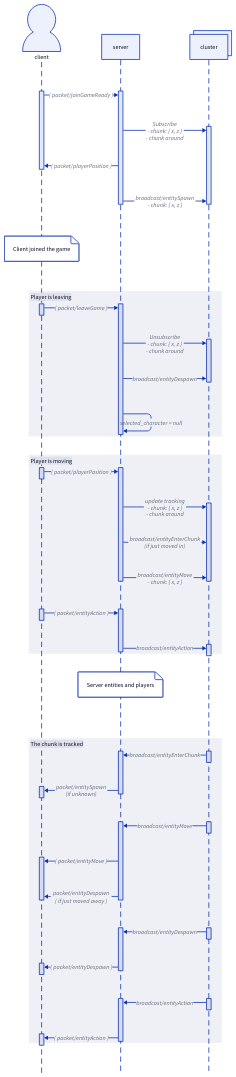
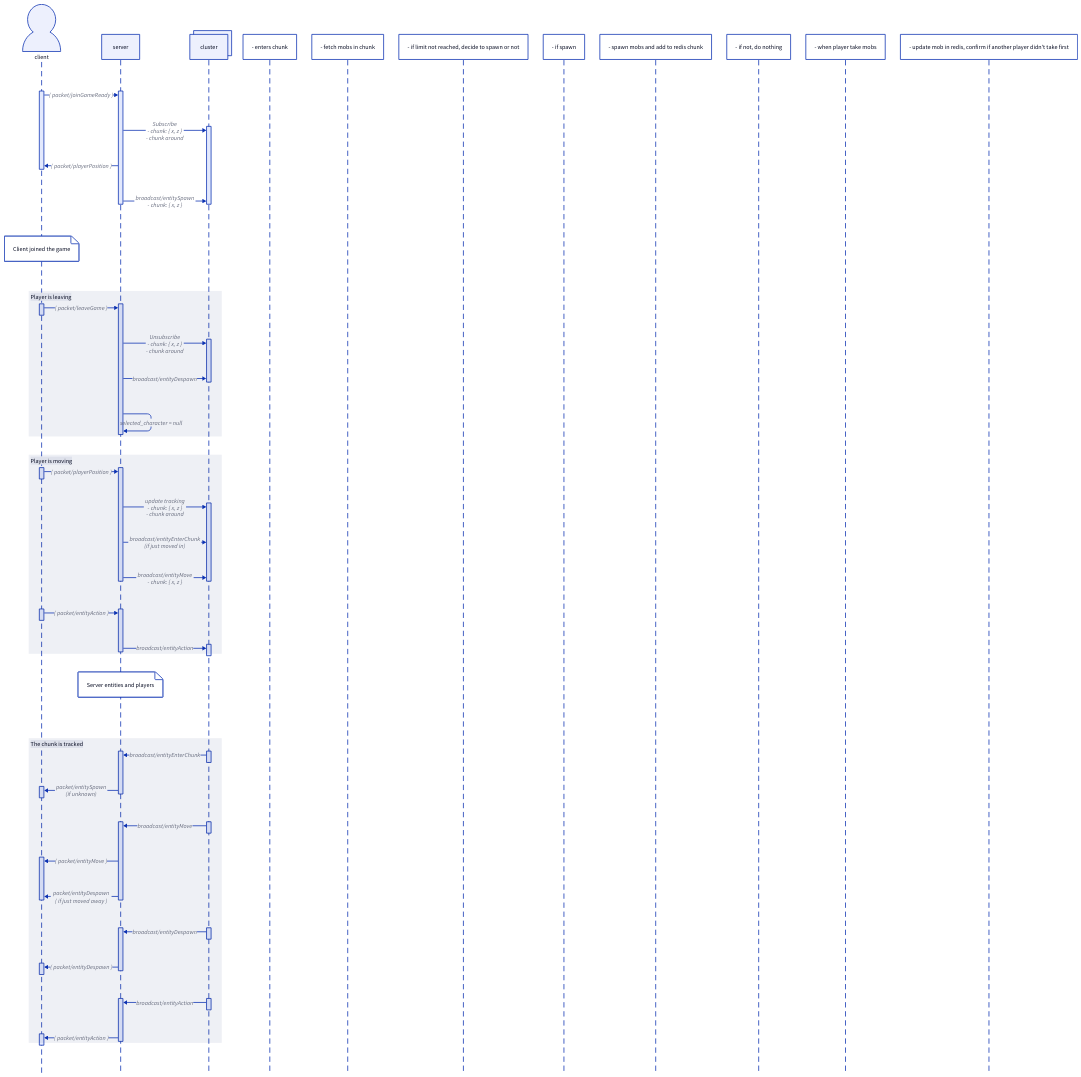
The diagram in game_protocol.d2 (aresrpg/aresrpg-protocol), drawn with D2 before and after one commit. The commit also changed 8 other files, not shown here.

```diff
--- a/game_protocol.d2
+++ b/game_protocol.d2
@@ -1,62 +1,72 @@
 shape: sequence_diagram
 client; server; cluster
 
 client.shape: person
 cluster.style.multiple: true
 
 client.t -> server.t: ( packet/joinGameReady )
 server.t -> cluster.t: |md Subscribe
 - chunk: { x, z }
 - chunk around
 |
 server.t -> client.t: ( packet/playerPosition )
 server.t -> cluster.t: |md broadcast/entitySpawn
 - chunk: { x, z }
 |
 
 client."Client joined the game"
 
 Player is leaving: {
   client.t0 -> server.t0: ( packet/leaveGame )
   server.t0 -> cluster.t0: |md Unsubscribe
   - chunk: { x, z }
   - chunk around
   |
   server.t0 -> cluster.t0: |md broadcast/entityDespawn |
   server.t0 -> server.t0: selected_character = null
 }
 
 Player is moving: {
   client.t2 -> server.t2: ( packet/playerPosition )
   server.t2 -> cluster.t2: |md update tracking
   - chunk: { x, z }
   - chunk around
   |
   server.t2 -> cluster.t2: |md broadcast/entityEnterChunk
   (if just moved in)
   |
   server.t2 -> cluster.t2: |md broadcast/entityMove
   - chunk: { x, z }
   |
 
   client.t3 -> server.t3: ( packet/entityAction )
   server.t3 -> cluster.t3: |md broadcast/entityAction |
 }
 
 server."Server entities and players"
 
 The chunk is tracked: {
   cluster.t4 -> server.t4: |md broadcast/entityEnterChunk |
   server.t4 -> client.t4: |md packet/entitySpawn
   (if unknown) |
   cluster.t5 -> server.t5: |md broadcast/entityMove |
   server.t5 -> client.t5: ( packet/entityMove )
   server.t5 -> client.t5: |md packet/entityDespawn
 ( if just moved away )
   |
   cluster.t6 -> server.t6: |md broadcast/entityDespawn |
   server.t6 -> client.t6: ( packet/entityDespawn )
 
   cluster.t7 -> server.t7: |md broadcast/entityAction |
   server.t7 -> client.t7: ( packet/entityAction )
 }
+
+
+- enters chunk
+- fetch mobs in chunk
+  - if limit not reached, decide to spawn or not
+    - if spawn
+      - spawn mobs and add to redis chunk
+    - if not, do nothing
+- when player take mobs
+  - update mob in redis, confirm if another player didn't take first
```
